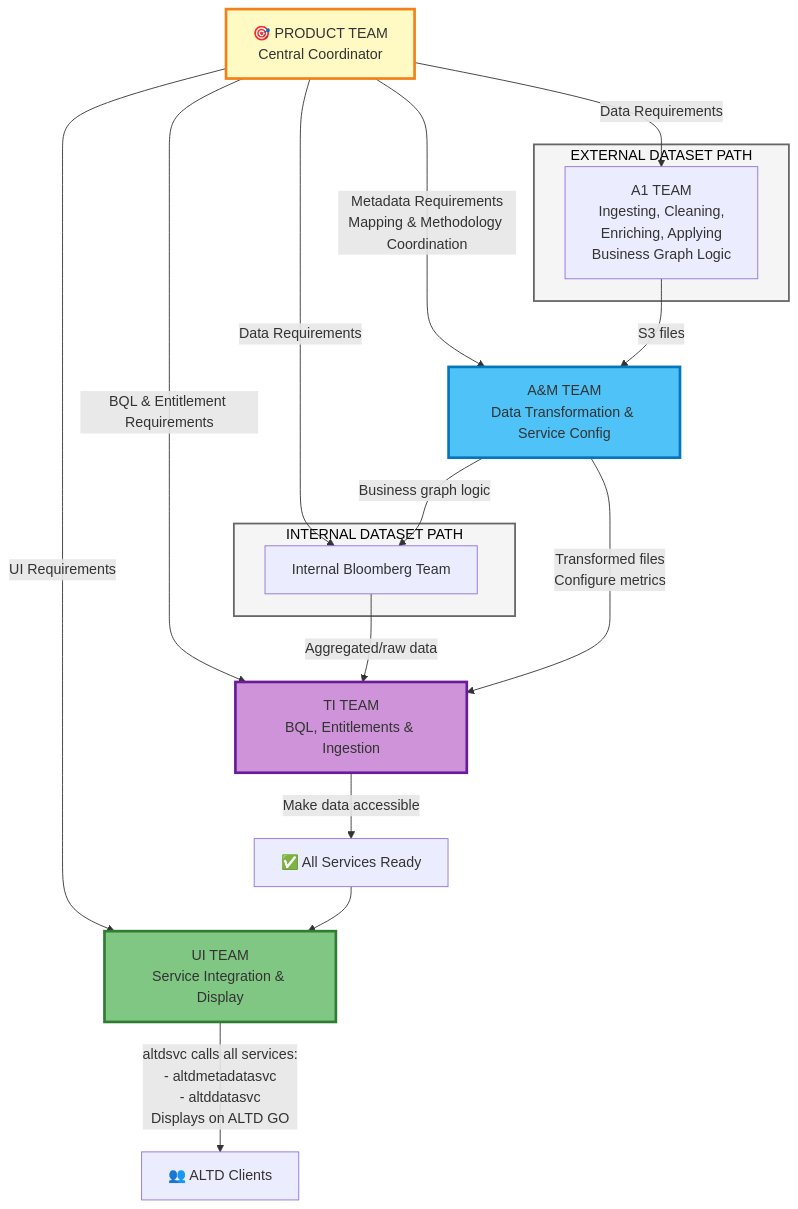
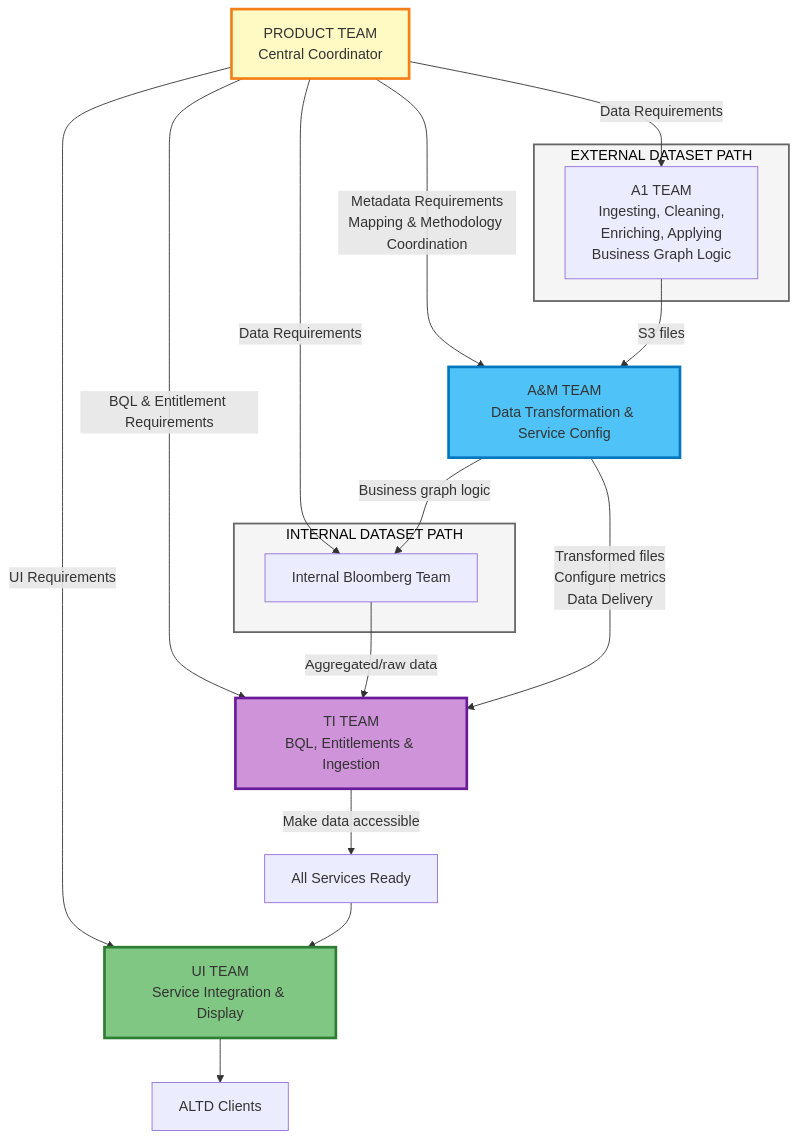
Before and after one commit to bshirzad/altd-am: the first of 2 diagrams in altd-onboarding-dataset-architecture.md, drawn with Mermaid. The commit also changed other lines of this file, not shown here.

````diff
--- a/altd-onboarding-dataset-architecture.md
+++ b/altd-onboarding-dataset-architecture.md
@@ -5,43 +5,43 @@
 ```mermaid
 graph TD
-    PRODUCT[🎯 PRODUCT TEAM<br/>Central Coordinator]
+    PRODUCT[PRODUCT TEAM<br/>Central Coordinator]
 
     subgraph EXTERNAL[" EXTERNAL DATASET PATH "]
         A1_EXT[A1 TEAM<br/>Ingesting, Cleaning,<br/>Enriching, Applying<br/>Business Graph Logic]
     end
 
     subgraph INTERNAL[" INTERNAL DATASET PATH "]
         INT_TEAM[Internal Bloomberg Team]
     end
 
     AM[A&M TEAM<br/>Data Transformation & Service Config]
     TI[TI TEAM<br/>BQL, Entitlements & Ingestion]
     UI[UI TEAM<br/>Service Integration & Display]
 
-    READY[✅ All Services Ready]
-    USERS[👥 ALTD Clients]
+    READY[All Services Ready]
+    USERS[ALTD Clients]
 
     PRODUCT -->|Data Requirements| A1_EXT
     PRODUCT -->|Data Requirements| INT_TEAM
     PRODUCT -->|Metadata Requirements<br/>Mapping & Methodology Coordination| AM
     PRODUCT -->|BQL & Entitlement Requirements| TI
     PRODUCT -->|UI Requirements| UI
 
     A1_EXT -->|S3 files| AM
 
     AM -->|Business graph logic| INT_TEAM
     INT_TEAM -->|Aggregated/raw data| TI
 
-    AM -->|Transformed files<br/>Configure metrics| TI
+    AM -->|Transformed files<br/>Configure metrics<br/>Data Delivery| TI
 
     TI -->|Make data accessible| READY
     READY --> UI
-    UI -->|altdsvc calls all services:<br/>- altdmetadatasvc<br/>- altddatasvc<br/>Displays on ALTD GO| USERS
+    UI --> USERS
 
     style PRODUCT fill:#fff9c4,stroke:#f57f17,stroke-width:3px
     style AM fill:#4fc3f7,stroke:#0277bd,stroke-width:3px
     style TI fill:#ce93d8,stroke:#6a1b9a,stroke-width:3px
     style UI fill:#81c784,stroke:#2e7d32,stroke-width:3px
     style EXTERNAL fill:#f5f5f5,stroke:#666,stroke-width:2px,color:#000
     style INTERNAL fill:#f5f5f5,stroke:#666,stroke-width:2px,color:#000
 ```
````
